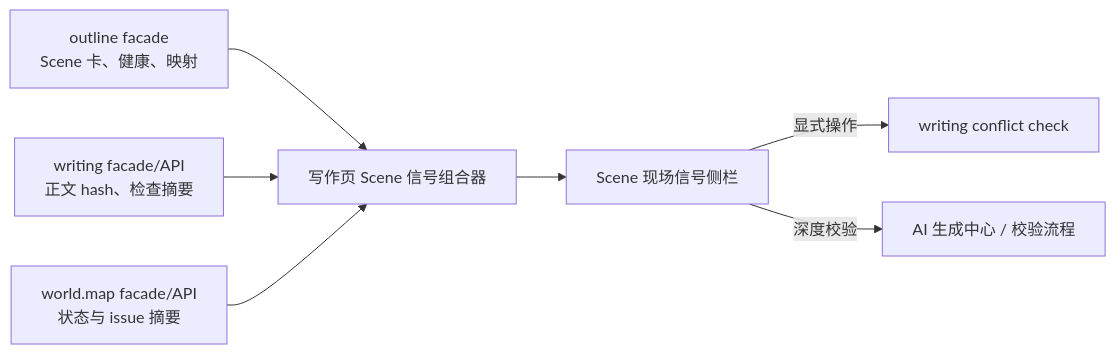
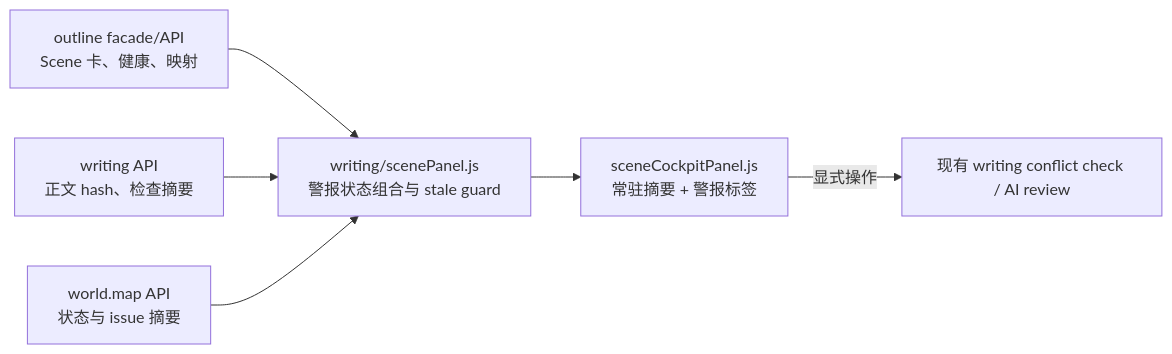
One commit to FengHuoLinShan/ai-writing-assist changed the third of 9 diagrams in docs/references/2026-07-15-four-authoring-workbench-directions-design.md. Above: the diagram before and after it, drawn with Mermaid. The commit also changed other lines of this file and 62 other files, not shown here.

````diff
--- a/docs/references/2026-07-15-four-authoring-workbench-directions-design.md
+++ b/docs/references/2026-07-15-four-authoring-workbench-directions-design.md
@@ -253,9 +274,8 @@
 ```mermaid
 flowchart LR
-    O["outline facade<br/>Scene 卡、健康、映射"] --> F["写作页 Scene 信号组合器"]
-    W["writing facade/API<br/>正文 hash、检查摘要"] --> F
-    M["world.map facade/API<br/>状态与 issue 摘要"] --> F
-    F --> U["Scene 现场信号侧栏"]
-    U -->|显式操作| C["writing conflict check"]
-    U -->|深度校验| G["AI 生成中心 / 校验流程"]
+    O["outline facade/API<br/>Scene 卡、健康、映射"] --> F["writing/scenePanel.js<br/>警报状态组合与 stale guard"]
+    W["writing API<br/>正文 hash、检查摘要"] --> F
+    M["world.map API<br/>状态与 issue 摘要"] --> F
+    F --> U["sceneCockpitPanel.js<br/>常驻摘要 + 警报标签"]
+    U -->|显式操作| C["现有 writing conflict check / AI review"]
 ```
````
